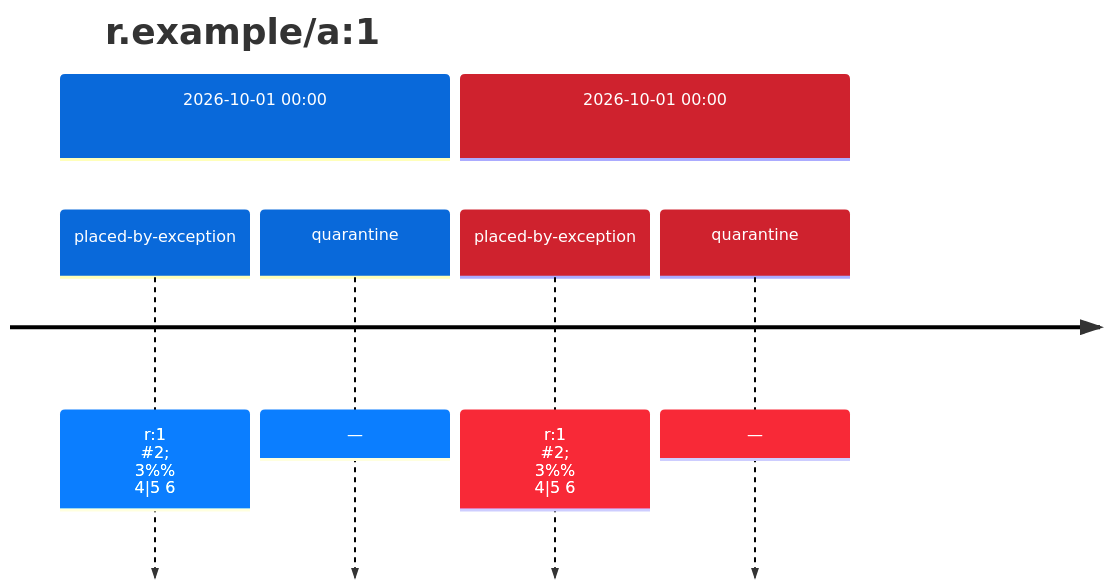
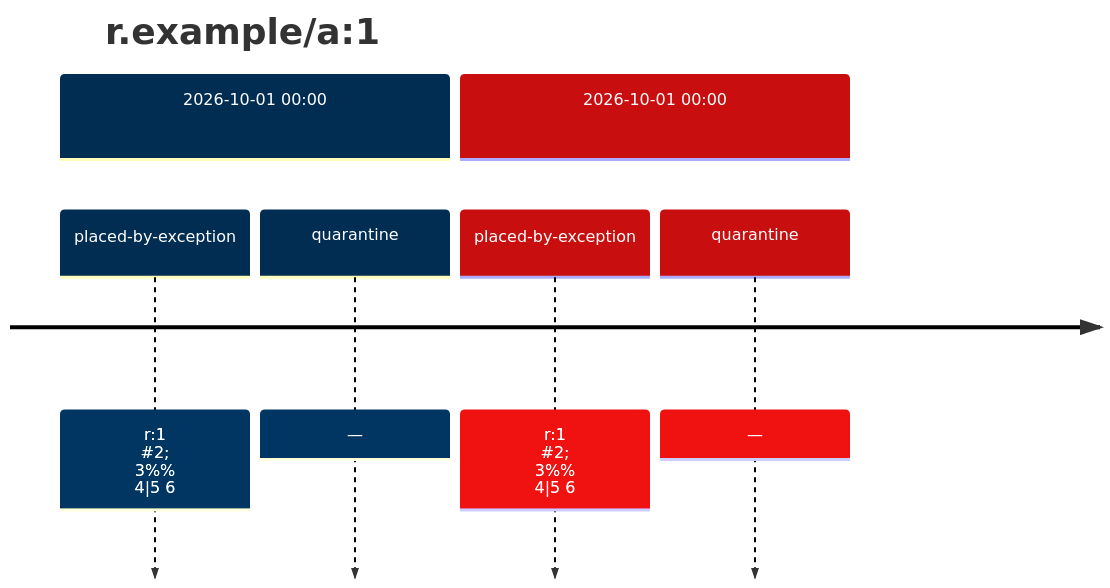
The diagram in tests/golden/decisions-escape.md (trivoallan/uske), drawn with Mermaid before and after one commit. The commit also changed 4 other files, not shown here.

````diff
--- a/tests/golden/decisions-escape.md
+++ b/tests/golden/decisions-escape.md
@@ -5,9 +5,9 @@
 ```mermaid
-%%{init: {"theme": "default", "themeVariables": {"cScale0": "#0969da", "cScaleLabel0": "#ffffff", "cScale1": "#cf222e", "cScaleLabel1": "#ffffff"}}}%%
+%%{init: {"theme": "default", "themeVariables": {"cScale0": "#002d51", "cScaleLabel0": "#ffffff", "cScale1": "#c80e0e", "cScaleLabel1": "#ffffff"}}}%%
 timeline
     title r.example/a#58;1
     section 2026-10-01 00#58;00
         placed-by-exception : r#58;1 #35;2#59; 3#37;#37; 4|5 6
     section 2026-10-01 00#58;00
         quarantine : —
 ```
````
